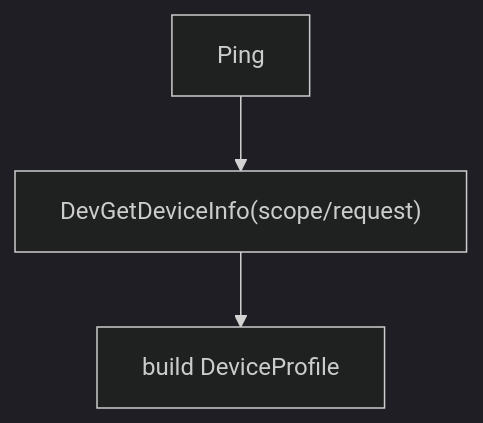
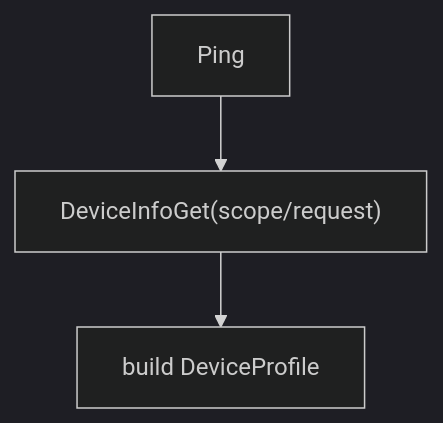
The fourth of 4 diagrams in docs/protocol-v2.md (OneKeyHQ/hardware-js-sdk), drawn with Mermaid (dark theme) before and after one commit. The commit also changed other lines of this file and 63 other files, not shown here.

````diff
--- a/docs/protocol-v2.md
+++ b/docs/protocol-v2.md
@@ -154,8 +153,8 @@
 ```mermaid
 flowchart TD
   Ping["Ping"]
-  DeviceInfo["DevGetDeviceInfo(scope/request)"]
+  DeviceInfo["DeviceInfoGet(scope/request)"]
   Adapter["build DeviceProfile"]
 
   Ping --> DeviceInfo --> Adapter
 ```
````
